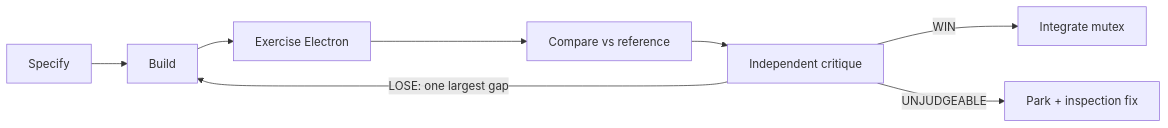
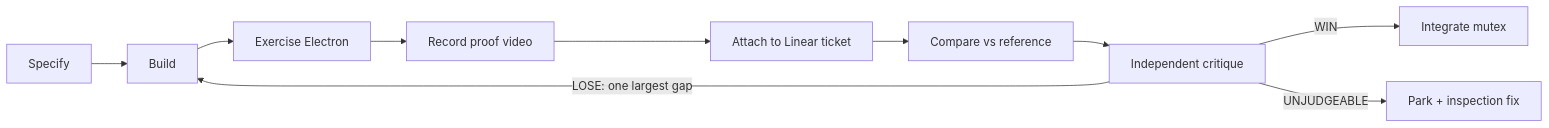
One commit to aaryandas/applied-research changed the third of 4 diagrams in context/factory.md. Above: the diagram before and after it, drawn with Mermaid. The commit also changed other lines of this file and 24 other files, not shown here.

First line of the commit message:
Require Linear proof videos and drop Slack from the factory.

````diff
--- a/context/factory.md
+++ b/context/factory.md
@@ -135,10 +139,12 @@
 ```mermaid
 flowchart LR
   S[Specify] --> B[Build]
   B --> E[Exercise Electron]
-  E --> C[Compare vs reference]
+  E --> V[Record proof video]
+  V --> L[Attach to Linear ticket]
+  L --> C[Compare vs reference]
   C --> K[Independent critique]
   K -->|LOSE: one largest gap| B
   K -->|WIN| I[Integrate mutex]
   K -->|UNJUDGEABLE| P[Park + inspection fix]
 ```
````
